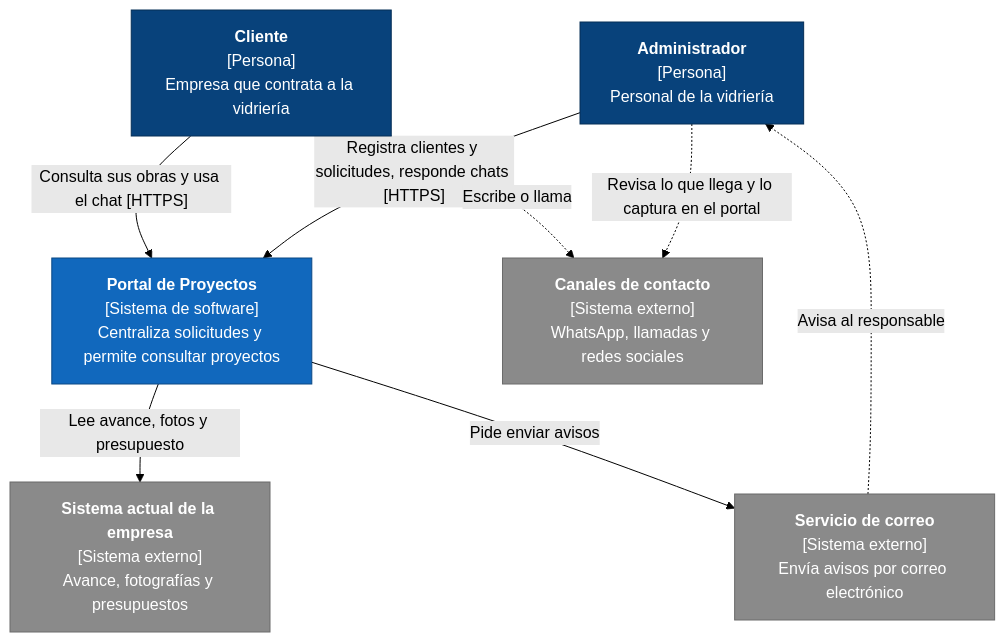
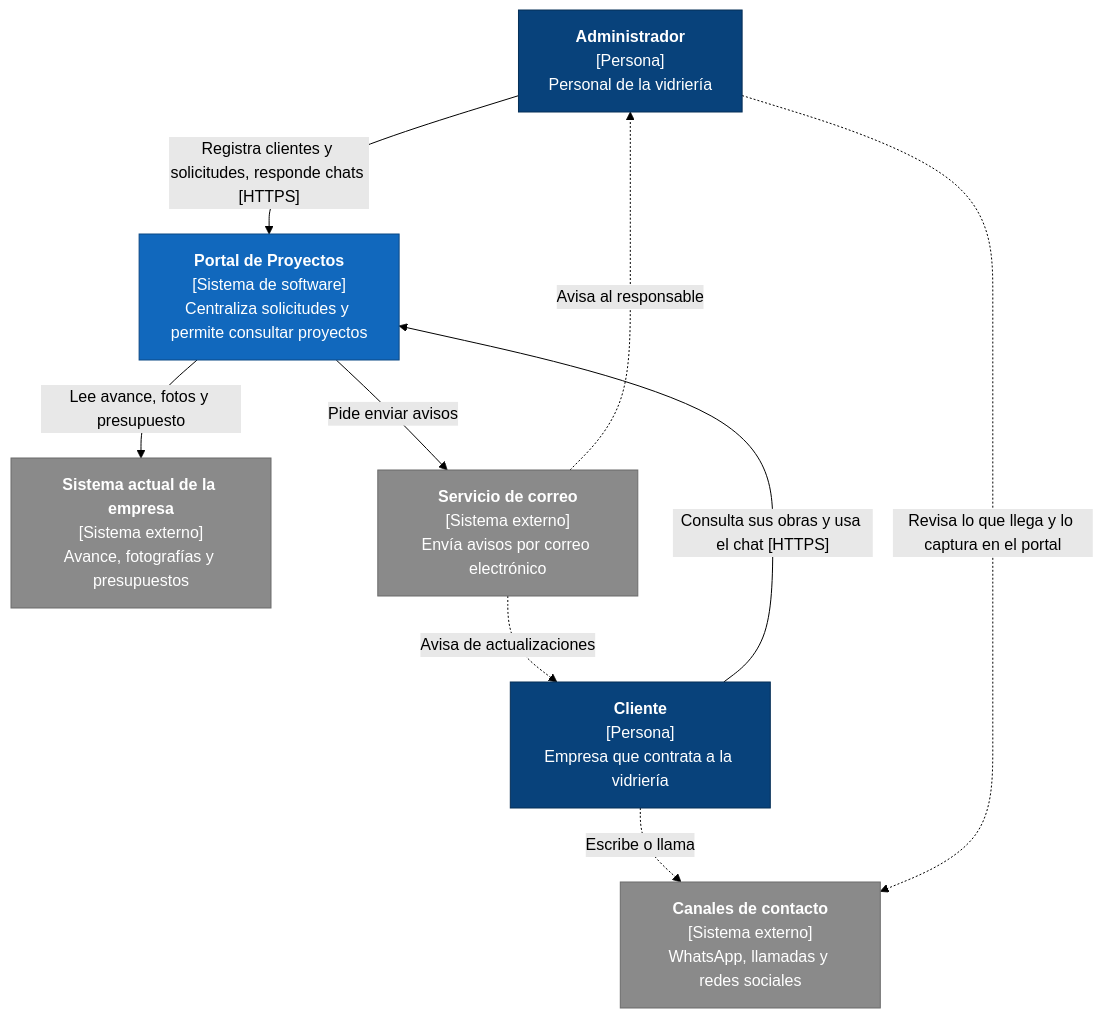
One commit to Equipo3-711/Comunicacion_con_El_Cliente changed the diagram in docs/CONTEXT.md. Above: the diagram before and after it, drawn with Mermaid (forest theme). The commit also changed other lines of this file, not shown here.

Commit message:
docs(contexto): agregar avisos por correo al cliente

````diff
--- a/docs/CONTEXT.md
+++ b/docs/CONTEXT.md
@@ -13,25 +13,26 @@
 ```mermaid
 flowchart TB
     admin["<b>Administrador</b><br/>[Persona]<br/>Personal de la vidriería"]
     cliente["<b>Cliente</b><br/>[Persona]<br/>Empresa que contrata a la vidriería"]
 
     portal["<b>Portal de Proyectos</b><br/>[Sistema de software]<br/>Centraliza solicitudes y permite consultar proyectos"]
     canales["<b>Canales de contacto</b><br/>[Sistema externo]<br/>WhatsApp, llamadas y redes sociales"]
     actual["<b>Sistema actual de la empresa</b><br/>[Sistema externo]<br/>Avance, fotografías y presupuestos"]
     correo["<b>Servicio de correo</b><br/>[Sistema externo]<br/>Envía avisos por correo electrónico"]
 
     cliente -->|"Consulta sus obras y usa el chat [HTTPS]"| portal
     admin -->|"Registra clientes y solicitudes, responde chats [HTTPS]"| portal
     cliente -.->|"Escribe o llama"| canales
     admin -.->|"Revisa lo que llega y lo captura en el portal"| canales
     portal -->|"Lee avance, fotos y presupuesto"| actual
     portal -->|"Pide enviar avisos"| correo
     correo -.->|"Avisa al responsable"| admin
+    correo -.->|"Avisa de actualizaciones"| cliente
 
     classDef person fill:#08427b,stroke:#052e56,color:#ffffff
     classDef system fill:#1168bd,stroke:#0b4884,color:#ffffff
     classDef external fill:#8a8a8a,stroke:#6b6b6b,color:#ffffff
     class admin,cliente person
     class portal system
     class canales,actual,correo external
 ```
````
